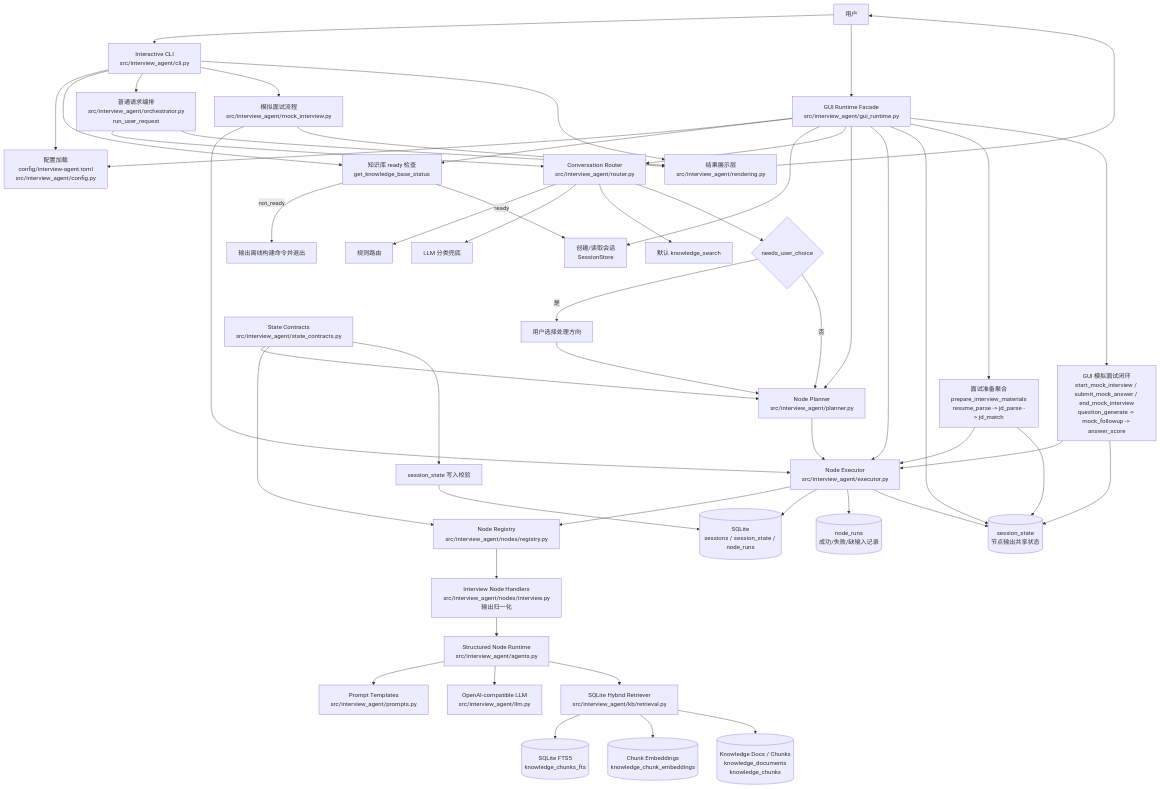
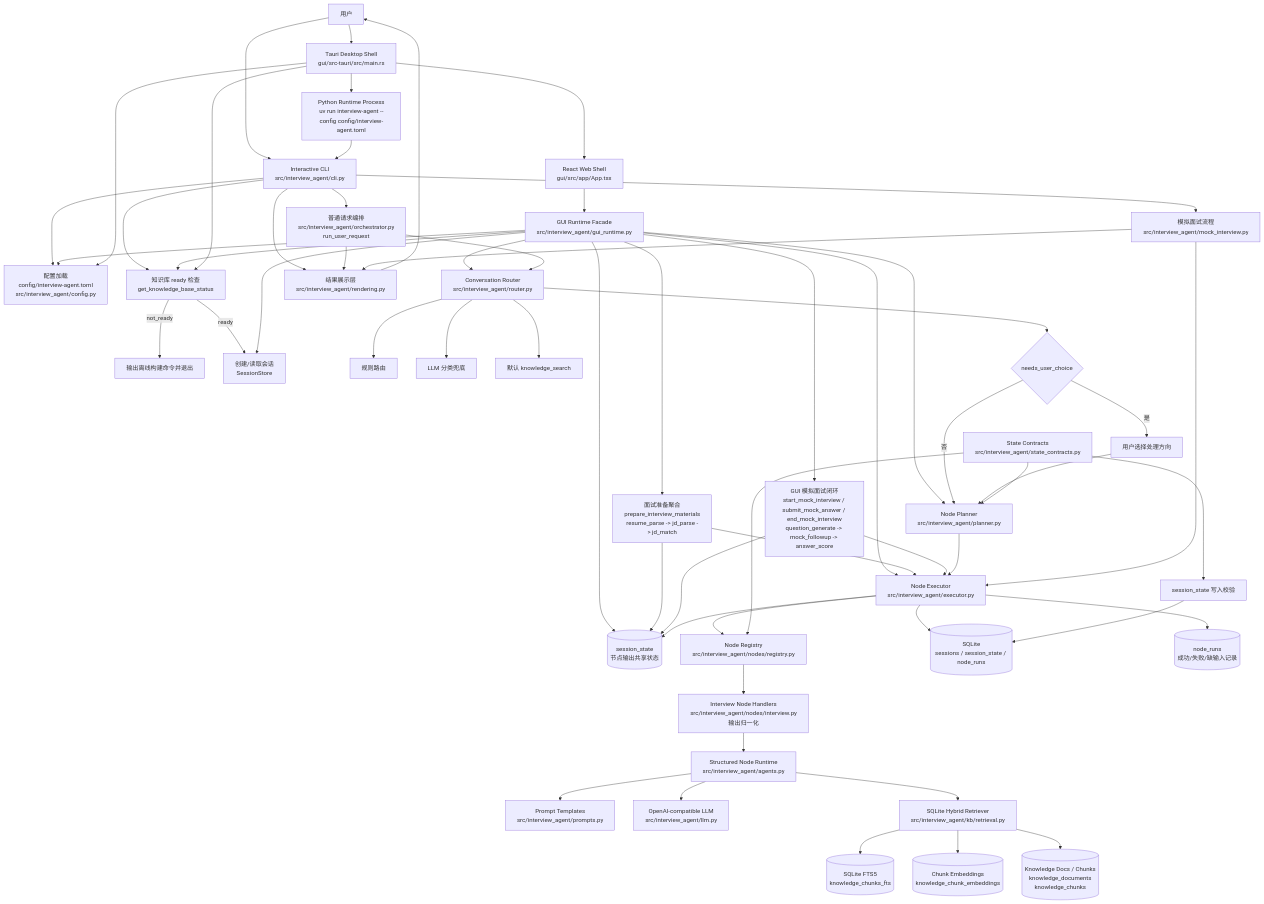
The first of 4 diagrams in docs/architecture.md (kaomianjin2/resume-agent), drawn with Mermaid before and after one commit. The commit also changed other lines of this file and 3 other files, not shown here.

````diff
--- a/docs/architecture.md
+++ b/docs/architecture.md
@@ -15,63 +15,69 @@
 ```mermaid
 flowchart TD
     User[用户] --> CLI[Interactive CLI<br/>src/interview_agent/cli.py]
-    User --> GUIRuntime[GUI Runtime Facade<br/>src/interview_agent/gui_runtime.py]
+    User --> DesktopShell[Tauri Desktop Shell<br/>gui/src-tauri/src/main.rs]
+    DesktopShell --> ReactShell[React Web Shell<br/>gui/src/app/App.tsx]
+    ReactShell --> GUIRuntime[GUI Runtime Facade<br/>src/interview_agent/gui_runtime.py]
+    DesktopShell --> PythonProcess[Python Runtime Process<br/>uv run interview-agent --config config/interview-agent.toml]
+    PythonProcess --> CLI
 
     CLI --> Config[配置加载<br/>config/interview-agent.toml<br/>src/interview_agent/config.py]
     GUIRuntime --> Config
+    DesktopShell --> Config
     CLI --> KBReady[知识库 ready 检查<br/>get_knowledge_base_status]
     GUIRuntime --> KBReady
+    DesktopShell --> KBReady
     KBReady -->|not_ready| OfflineHint[输出离线构建命令并退出]
     KBReady -->|ready| Session[创建/读取会话<br/>SessionStore]
     GUIRuntime --> Session
 
     CLI --> Orchestrator[普通请求编排<br/>src/interview_agent/orchestrator.py<br/>run_user_request]
     GUIRuntime --> Router
     GUIRuntime --> Planner
     GUIRuntime --> Executor
     GUIRuntime --> State
     GUIRuntime --> PrepVM[面试准备聚合<br/>prepare_interview_materials<br/>resume_parse -> jd_parse -> jd_match]
     PrepVM --> Executor
     PrepVM --> State
     GUIRuntime --> MockVM[GUI 模拟面试闭环<br/>start_mock_interview / submit_mock_answer / end_mock_interview<br/>question_generate -> mock_followup -> answer_score]
     MockVM --> Executor
     MockVM --> State
     CLI --> MockFlow[模拟面试流程<br/>src/interview_agent/mock_interview.py]
     CLI --> Rendering[结果展示层<br/>src/interview_agent/rendering.py]
     Orchestrator --> Router[Conversation Router<br/>src/interview_agent/router.py]
     Router --> RuleRoute[规则路由]
     Router --> LLMRoute[LLM 分类兜底]
     Router --> DefaultRoute[默认 knowledge_search]
     Router --> DirectionChoice{needs_user_choice}
     DirectionChoice -->|是| UserChoice[用户选择处理方向]
     DirectionChoice -->|否| Planner
 
     UserChoice --> Planner
     Planner[Node Planner<br/>src/interview_agent/planner.py]
     StateContracts[State Contracts<br/>src/interview_agent/state_contracts.py]
     StateContracts --> Planner
     Planner --> Executor[Node Executor<br/>src/interview_agent/executor.py]
     MockFlow --> Executor
 
     Executor --> Registry[Node Registry<br/>src/interview_agent/nodes/registry.py]
     StateContracts --> Registry
     StateContracts --> SessionValidation[session_state 写入校验]
     Registry --> Handlers[Interview Node Handlers<br/>src/interview_agent/nodes/interview.py<br/>输出归一化]
 
     Executor --> SQLite[(SQLite<br/>sessions / session_state / node_runs)]
     SessionValidation --> SQLite
     Handlers --> AgentRuntime[Structured Node Runtime<br/>src/interview_agent/agents.py]
     AgentRuntime --> Prompts[Prompt Templates<br/>src/interview_agent/prompts.py]
     AgentRuntime --> LLM[OpenAI-compatible LLM<br/>src/interview_agent/llm.py]
     AgentRuntime --> Retriever[SQLite Hybrid Retriever<br/>src/interview_agent/kb/retrieval.py]
 
     Retriever --> FTS[(SQLite FTS5<br/>knowledge_chunks_fts)]
     Retriever --> Embeddings[(Chunk Embeddings<br/>knowledge_chunk_embeddings)]
     Retriever --> KBChunks[(Knowledge Docs / Chunks<br/>knowledge_documents<br/>knowledge_chunks)]
 
     Executor --> Runs[(node_runs<br/>成功/失败/缺输入记录)]
     Executor --> State[(session_state<br/>节点输出共享状态)]
     Orchestrator --> Rendering
     MockFlow --> Rendering
     Rendering --> User
 ```
````
